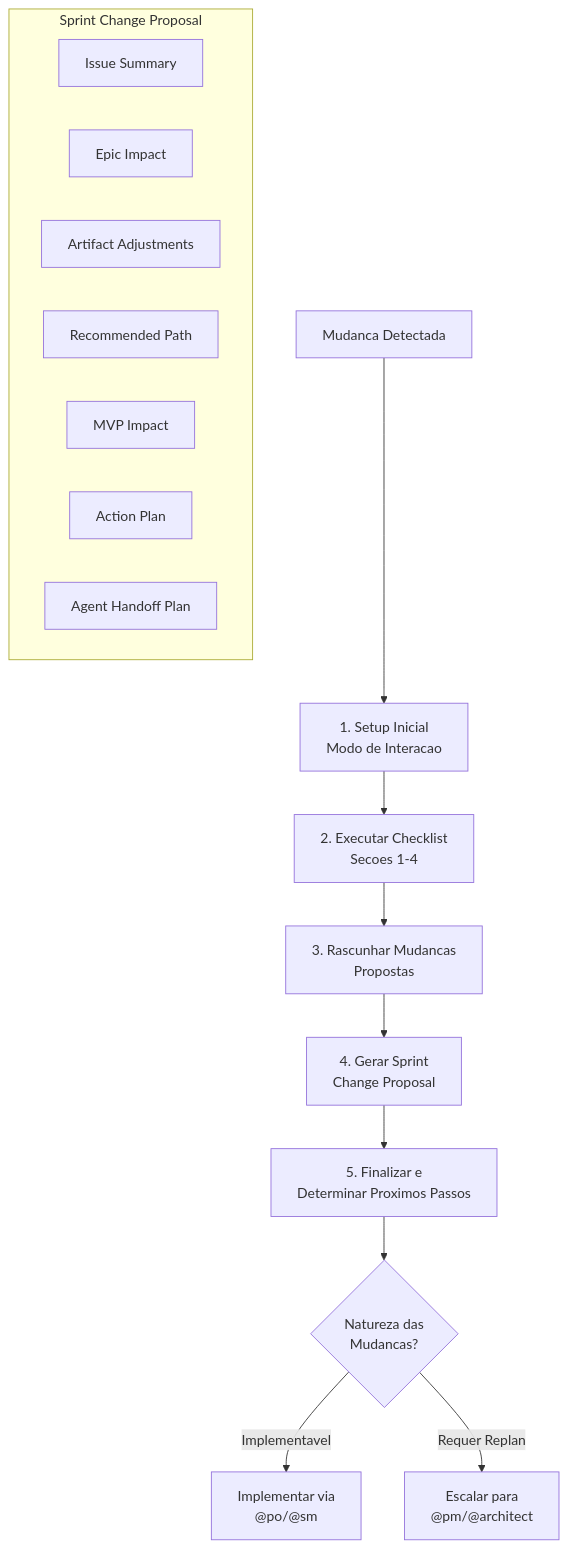
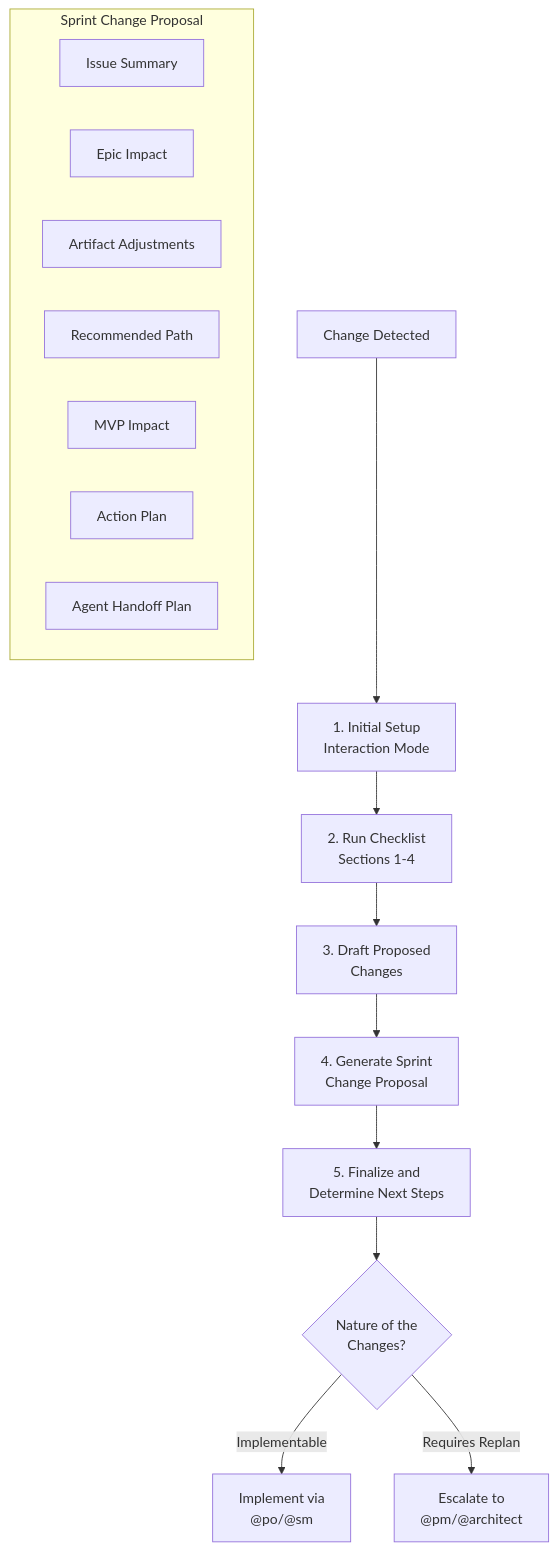
The sixth of 8 diagrams in docs/guides/agents/PM-SYSTEM.md (CyryxLabs/AEXOS), drawn with Mermaid before and after one commit. The commit also changed other lines of this file and 528 other files, not shown here.

````diff
--- a/docs/guides/agents/PM-SYSTEM.md
+++ b/docs/guides/agents/PM-SYSTEM.md
@@ -422,22 +422,22 @@
 ```mermaid
 flowchart TD
-    TRIGGER[Mudanca Detectada] --> SETUP[1. Setup Inicial<br/>Modo de Interacao]
-    SETUP --> CHECKLIST[2. Executar Checklist<br/>Secoes 1-4]
-    CHECKLIST --> DRAFT[3. Rascunhar Mudancas<br/>Propostas]
-    DRAFT --> PROPOSAL[4. Gerar Sprint<br/>Change Proposal]
-    PROPOSAL --> FINALIZE[5. Finalizar e<br/>Determinar Proximos Passos]
+    TRIGGER[Change Detected] --> SETUP[1. Initial Setup<br/>Interaction Mode]
+    SETUP --> CHECKLIST[2. Run Checklist<br/>Sections 1-4]
+    CHECKLIST --> DRAFT[3. Draft Proposed<br/>Changes]
+    DRAFT --> PROPOSAL[4. Generate Sprint<br/>Change Proposal]
+    PROPOSAL --> FINALIZE[5. Finalize and<br/>Determine Next Steps]
 
     subgraph PROPOSAL_CONTENT["Sprint Change Proposal"]
         ISSUE[Issue Summary]
         EPIC_IMPACT[Epic Impact]
         ARTIFACT_ADJUST[Artifact Adjustments]
         PATH[Recommended Path]
         MVP_IMPACT[MVP Impact]
         ACTION[Action Plan]
         HANDOFF[Agent Handoff Plan]
     end
 
-    FINALIZE --> HANDOFF_DECISION{Natureza das<br/>Mudancas?}
-    HANDOFF_DECISION -->|Implementavel| IMPLEMENT[Implementar via<br/>@po/@sm]
-    HANDOFF_DECISION -->|Requer Replan| ESCALATE[Escalar para<br/>@pm/@architect]
+    FINALIZE --> HANDOFF_DECISION{Nature of the<br/>Changes?}
+    HANDOFF_DECISION -->|Implementable| IMPLEMENT[Implement via<br/>@po/@sm]
+    HANDOFF_DECISION -->|Requires Replan| ESCALATE[Escalate to<br/>@pm/@architect]
 ```
````
